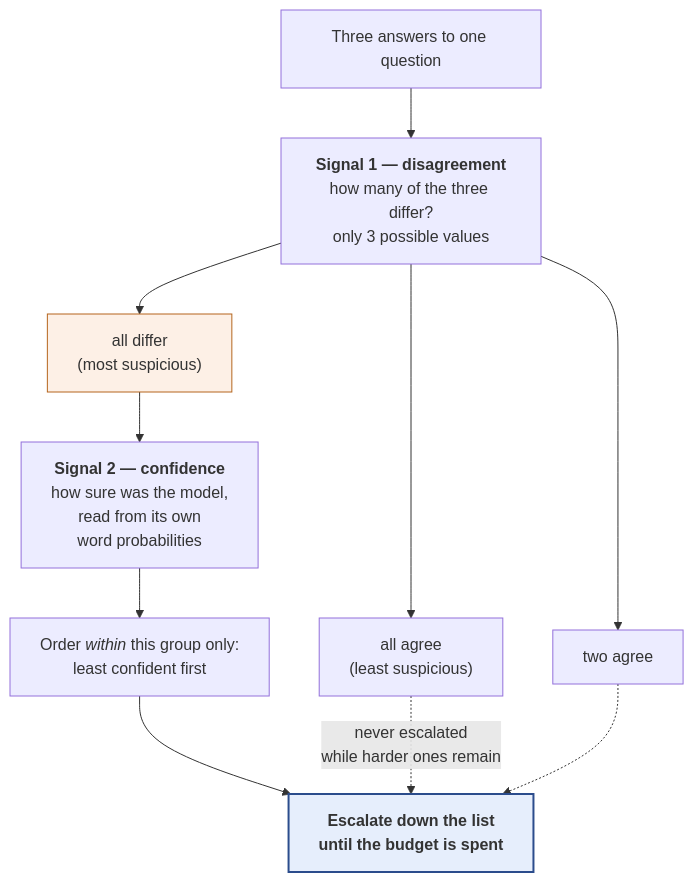
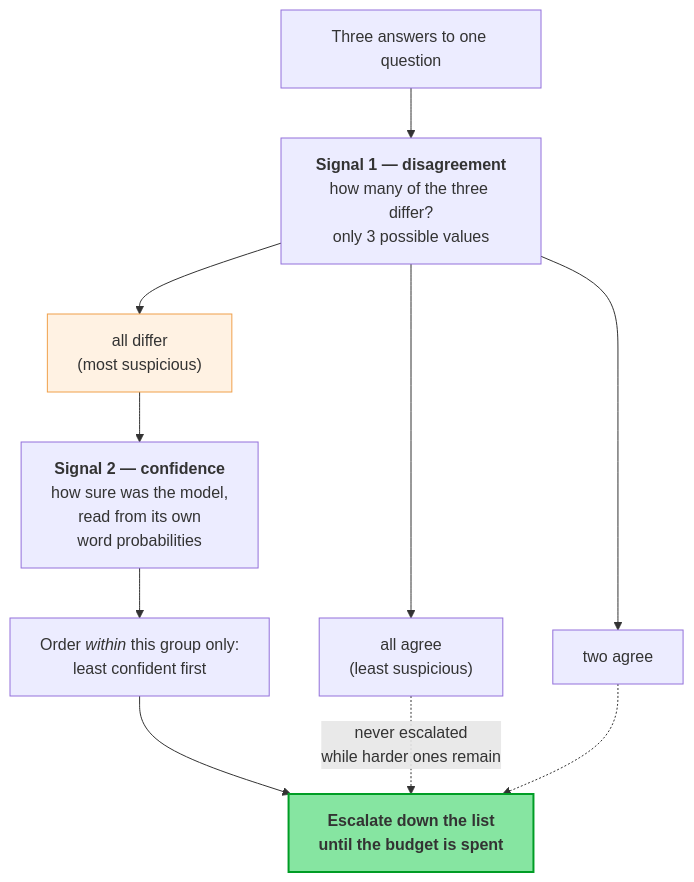
The fourth of 6 diagrams in docs/diagrams-technical/DIAGRAMS_TECHNICAL.md (SaminYeaserKhan/gemma4-finetune), drawn with Mermaid before and after one commit. The commit also changed other lines of this file and 143 other files, not shown here.

````diff
--- a/docs/diagrams-technical/DIAGRAMS_TECHNICAL.md
+++ b/docs/diagrams-technical/DIAGRAMS_TECHNICAL.md
@@ -166,17 +166,17 @@
 ```mermaid
 flowchart TD
     IN["Three answers to one question"] --> D["<b>Signal 1 — disagreement</b><br/>how many of the three differ?<br/>only 3 possible values"]
     D --> G1["all agree<br/>(least suspicious)"]
     D --> G2["two agree"]
     D --> G3["all differ<br/>(most suspicious)"]
 
     G3 --> C["<b>Signal 2 — confidence</b><br/>how sure was the model,<br/>read from its own<br/>word probabilities"]
     C --> ORD["Order <i>within</i> this group only:<br/>least confident first"]
     ORD --> PICK["<b>Escalate down the list<br/>until the budget is spent</b>"]
 
     G1 -.->|"never escalated<br/>while harder ones remain"| PICK
     G2 -.-> PICK
 
-    style G3 fill:#fdf0e6,stroke:#b5651d
-    style PICK fill:#e6eefc,stroke:#2b4c8c,stroke-width:2px
+    style G3 fill:#fff2e3,stroke:#f0a04b
+    style PICK fill:#86e5a1,stroke:#009d25,stroke-width:2px
 ```
````
